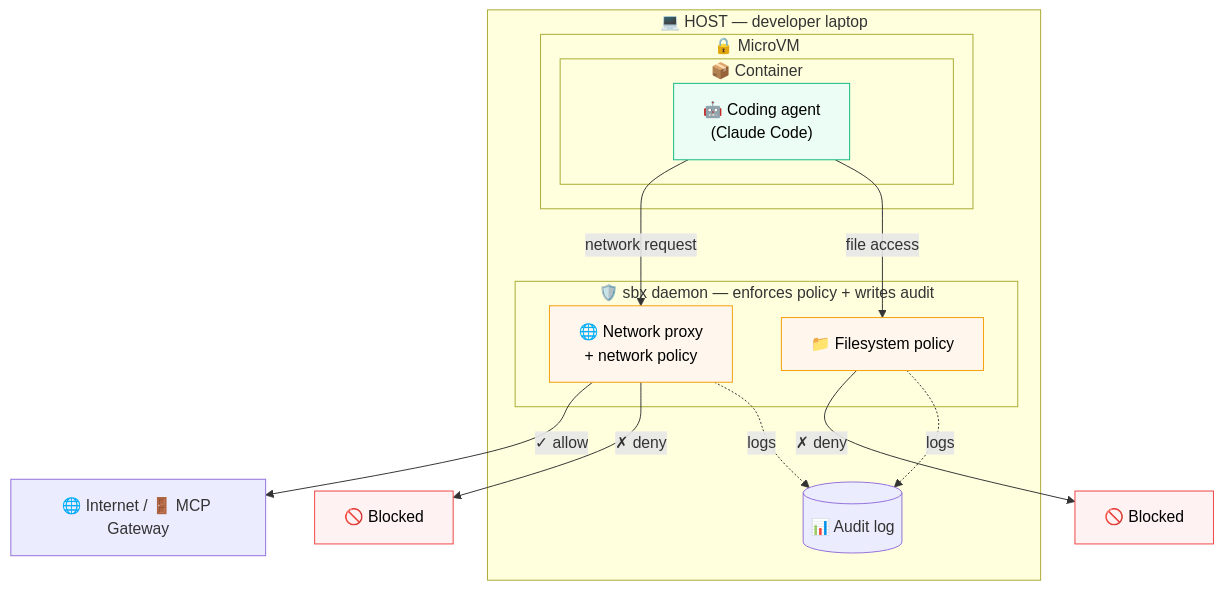
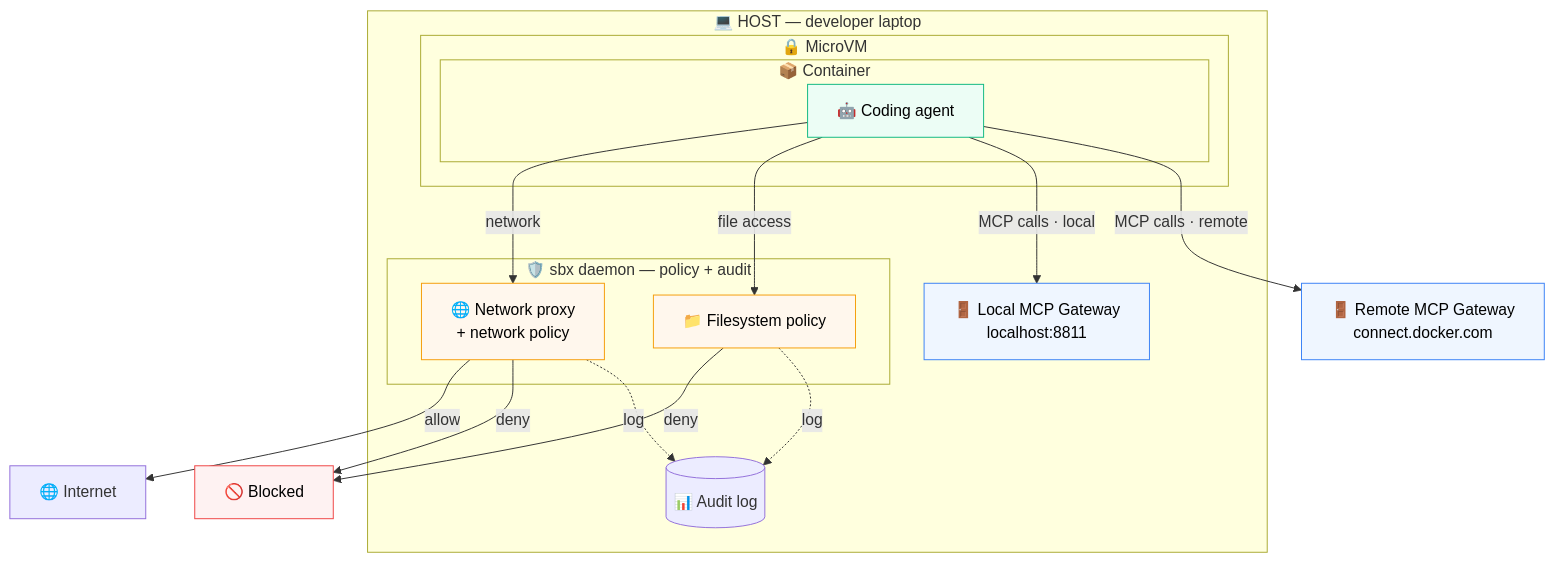
One commit to ajeetraina/labspace-ai-governance changed the diagram in labspace/06-mcp-hands-on.md. Above: the diagram before and after it, drawn with Mermaid. The commit also changed other lines of this file and 1 other file, not shown here.

Commit message:
Diagram: show MCP Gateway as local or remote
SBX_MCP_URL selects the gateway. Show both: a Local MCP Gateway inside the
host box (localhost:8811, runs on the laptop) and a Remote MCP Gateway outside
it (connect.docker.com, Docker-hosted) — position conveys local vs remote.
Shorten subgraph titles and labels to avoid text overlapping the boxes.

````diff
--- a/labspace/06-mcp-hands-on.md
+++ b/labspace/06-mcp-hands-on.md
@@ -20,31 +22,42 @@
 ```mermaid
 flowchart TB
     subgraph HOST["💻 HOST — developer laptop"]
         subgraph VM["🔒 MicroVM"]
             subgraph CON["📦 Container"]
-                AGENT["🤖 Coding agent<br/>(Claude Code)"]
+                AGENT["🤖 Coding agent"]
             end
         end
 
-        subgraph DAEMON["🛡️ sbx daemon — enforces policy + writes audit"]
+        subgraph DAEMON["🛡️ sbx daemon — policy + audit"]
             NET["🌐 Network proxy<br/>+ network policy"]
             FS["📁 Filesystem policy"]
         end
+
+        LOCALGW["🚪 Local MCP Gateway<br/>localhost:8811"]
         AUDIT[("📊 Audit log")]
     end
 
-    AGENT -- "network request" --> NET
+    REMOTEGW["🚪 Remote MCP Gateway<br/>connect.docker.com"]
+    INTERNET["🌐 Internet"]
+    BLOCK["🚫 Blocked"]
+
+    AGENT -- "network" --> NET
     AGENT -- "file access" --> FS
-    NET -- "✓ allow" --> OUT["🌐 Internet / 🚪 MCP Gateway"]
-    NET -- "✗ deny" --> B1["🚫 Blocked"]
-    FS -- "✗ deny" --> B2["🚫 Blocked"]
-    NET -. logs .-> AUDIT
-    FS -. logs .-> AUDIT
+    AGENT -- "MCP calls · local" --> LOCALGW
+    AGENT -- "MCP calls · remote" --> REMOTEGW
+
+    NET -- "allow" --> INTERNET
+    NET -- "deny" --> BLOCK
+    FS -- "deny" --> BLOCK
+    NET -. log .-> AUDIT
+    FS -. log .-> AUDIT
 
     classDef vm fill:#ecfdf5,stroke:#10b981,color:#000
     classDef pol fill:#fff7ed,stroke:#f59e0b,color:#000
+    classDef gw fill:#eff6ff,stroke:#3b82f6,color:#000
     classDef deny fill:#fef2f2,stroke:#ef4444,color:#000
     class AGENT vm
     class NET,FS pol
-    class B1,B2 deny
+    class LOCALGW,REMOTEGW gw
+    class BLOCK deny
 ```
````
